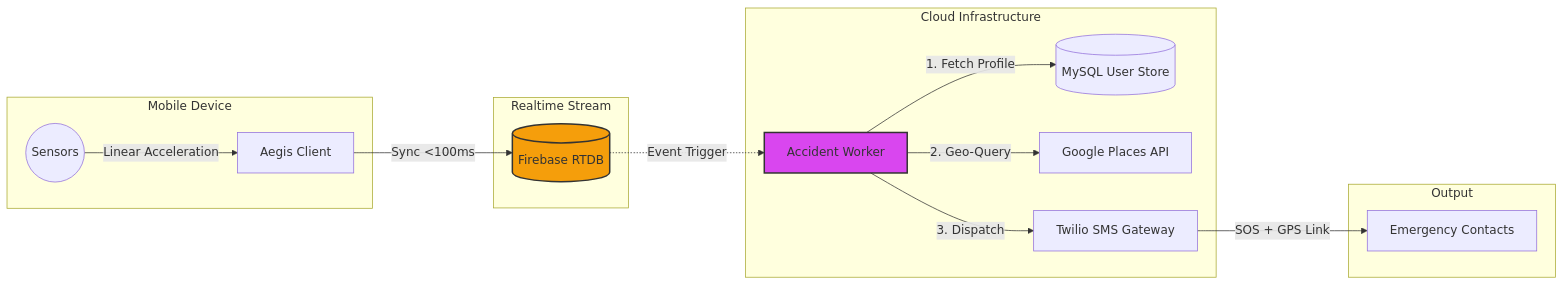
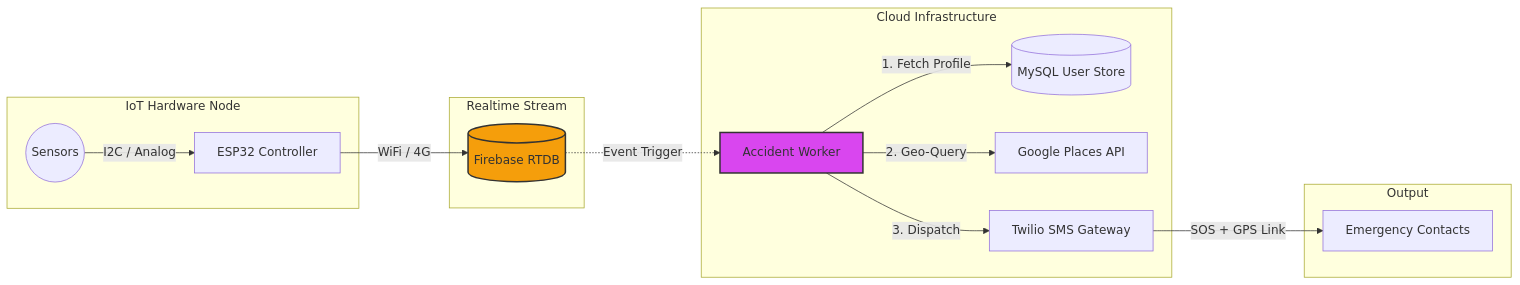
The first of 2 diagrams in README.md (ibesuperv/AegisIoT), drawn with Mermaid before and after one commit. The commit also changed other lines of this file and 5 other files, not shown here.

````diff
--- a/README.md
+++ b/README.md
@@ -52,24 +64,24 @@
 ```mermaid
 graph LR;
-    subgraph Edge Layer [Mobile Device]
-        Sensors((Sensors)) -->|Linear Acceleration| App[Aegis Client];
+    subgraph Edge Layer [IoT Hardware Node]
+        Sensors((Sensors)) -->|I2C / Analog| ESP32[ESP32 Controller];
     end
 
     subgraph Transport Layer [Realtime Stream]
-        App -->|Sync <100ms| Firebase[(Firebase RTDB)];
+        ESP32 -->|WiFi / 4G| Firebase[(Firebase RTDB)];
     end
 
     subgraph Core Layer [Cloud Infrastructure]
         Firebase -.->|Event Trigger| Worker[Accident Worker];
         Worker -->|1. Fetch Profile| DB[(MySQL User Store)];
         Worker -->|2. Geo-Query| Maps[Google Places API];
         Worker -->|3. Dispatch| Twilio[Twilio SMS Gateway];
     end
 
     subgraph Output
         Twilio -->|SOS + GPS Link| Emergency[Emergency Contacts];
     end
     
     style Worker fill:#d946ef,stroke:#333,stroke-width:2px
     style Firebase fill:#f59e0b,stroke:#333,stroke-width:2px
 ```
````
